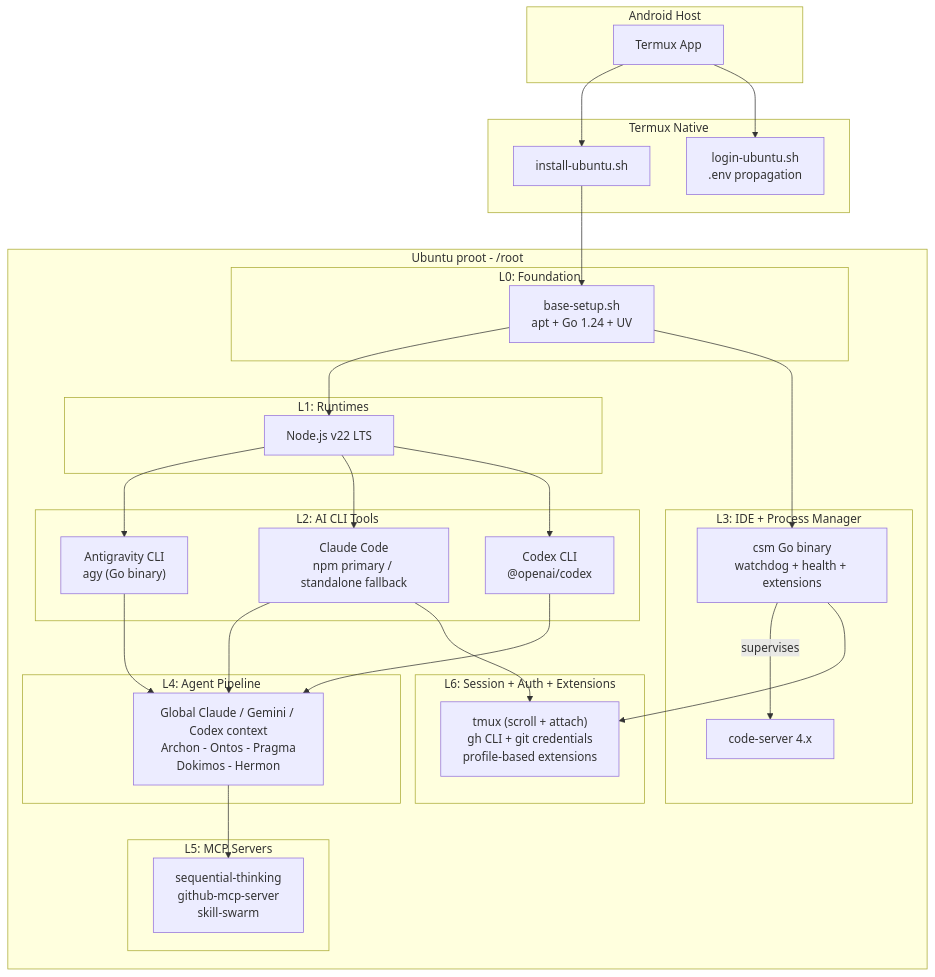
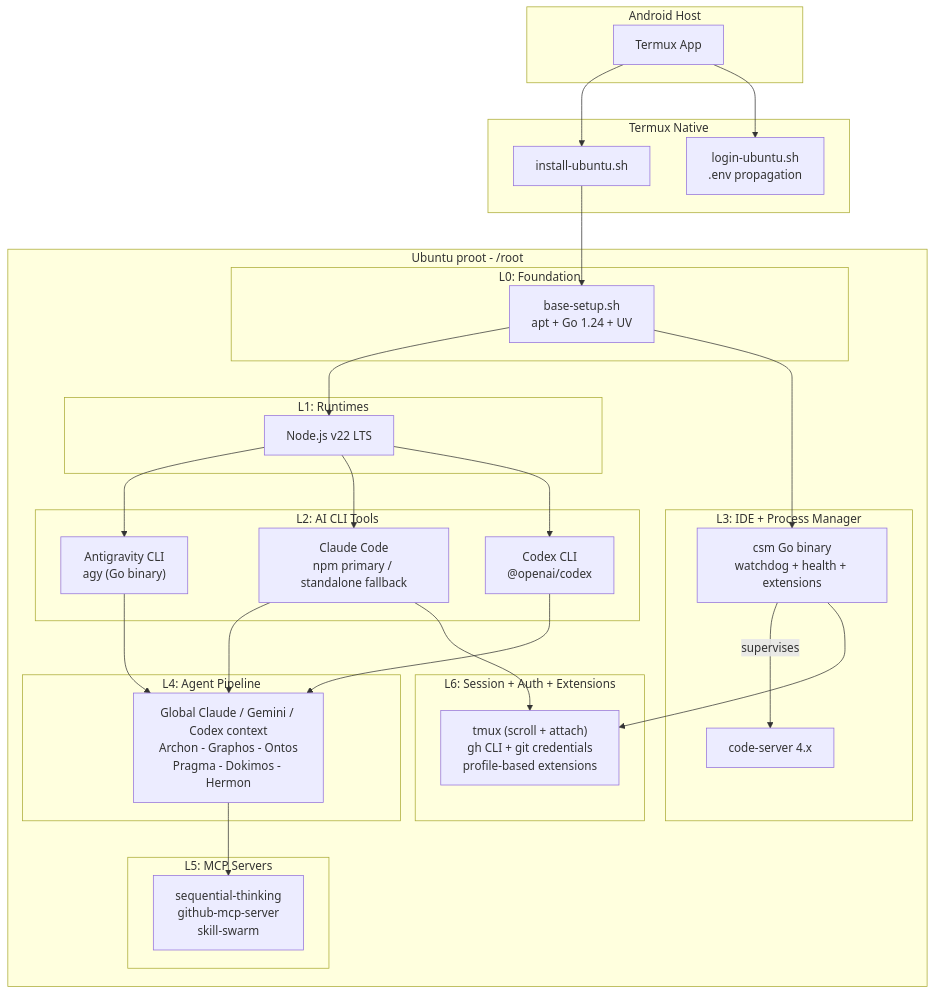
One commit to ancrz/termux-linux-deployer changed the first of 7 diagrams in README.md. Above: the diagram before and after it, drawn with Mermaid. The commit also changed 1 other file, not shown here.

Commit message:
fix(shell): add missing Graphos alias to Bash menu
Discovered an omission gap in termux-stack.sh where the bash aliases (claude_archon, etc.) and the login banner still displayed the legacy 5-stage pipeline. Added claude_graphos and updated the banner to reflect the 6-stage Topos V2 flow. Also fixed a stale node label in the README.

````diff
--- a/README.md
+++ b/README.md
@@ -22,52 +22,52 @@
 ```mermaid
 graph TB
     subgraph "Android Host"
         A["Termux App"]
     end
 
     subgraph "Termux Native"
         B["install-ubuntu.sh"]
         L["login-ubuntu.sh<br/>.env propagation"]
     end
 
     subgraph "Ubuntu proot - /root"
         subgraph "L0: Foundation"
             C["base-setup.sh<br/>apt + Go 1.24 + UV"]
         end
 
         subgraph "L1: Runtimes"
             D["Node.js v22 LTS"]
         end
 
         subgraph "L2: AI CLI Tools"
             G["Antigravity CLI<br/>agy (Go binary)"]
             H["Claude Code<br/>npm primary / standalone fallback"]
             CX["Codex CLI<br/>@openai/codex"]
         end
 
         subgraph "L3: IDE + Process Manager"
             I["csm Go binary<br/>watchdog + health + extensions"]
             J["code-server 4.x"]
         end
 
         subgraph "L4: Agent Pipeline"
-            K["Global Claude / Gemini / Codex context<br/>Archon - Ontos - Pragma<br/>Dokimos - Hermon"]
+            K["Global Claude / Gemini / Codex context<br/>Archon - Graphos - Ontos<br/>Pragma - Dokimos - Hermon"]
         end
 
         subgraph "L5: MCP Servers"
             M["sequential-thinking<br/>github-mcp-server<br/>skill-swarm"]
         end
 
         subgraph "L6: Session + Auth + Extensions"
             N["tmux (scroll + attach)<br/>gh CLI + git credentials<br/>profile-based extensions"]
         end
     end
 
     A --> B --> C
     A --> L
     C --> D --> G & H & CX
     C --> I -->|supervises| J
     G & H & CX --> K --> M
     H --> N
     I --> N
 ```
````
